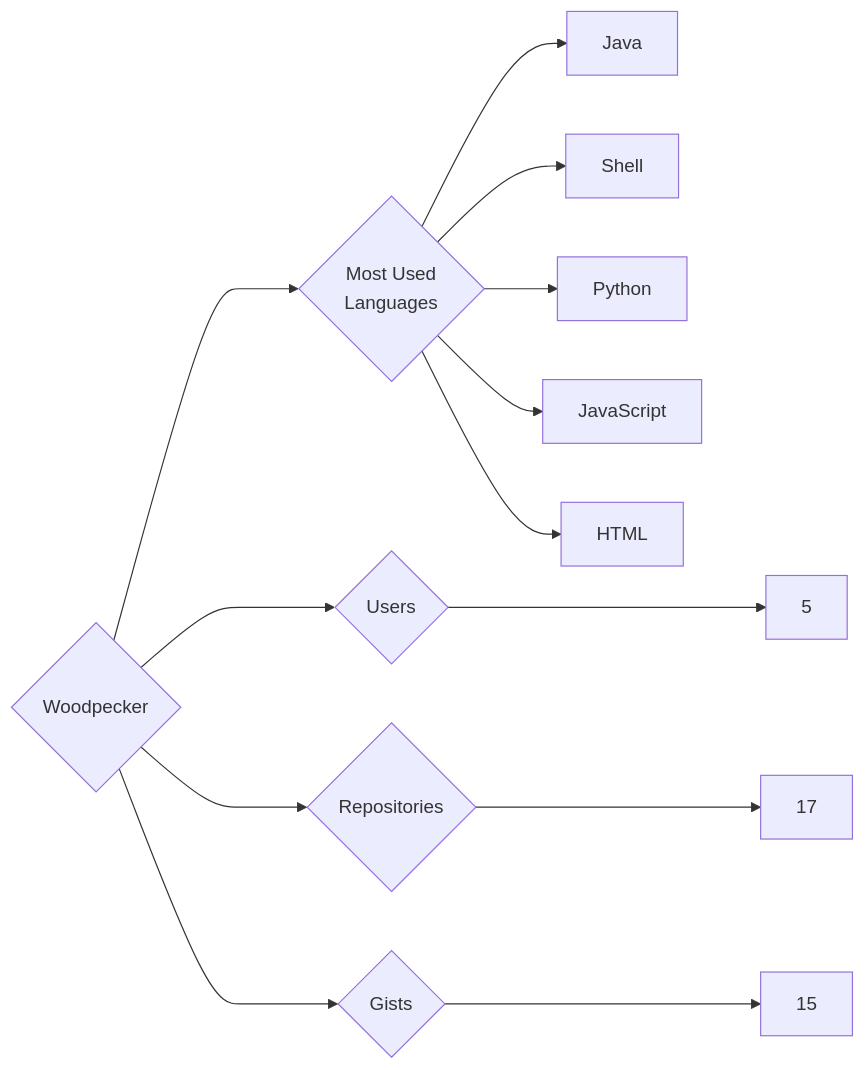
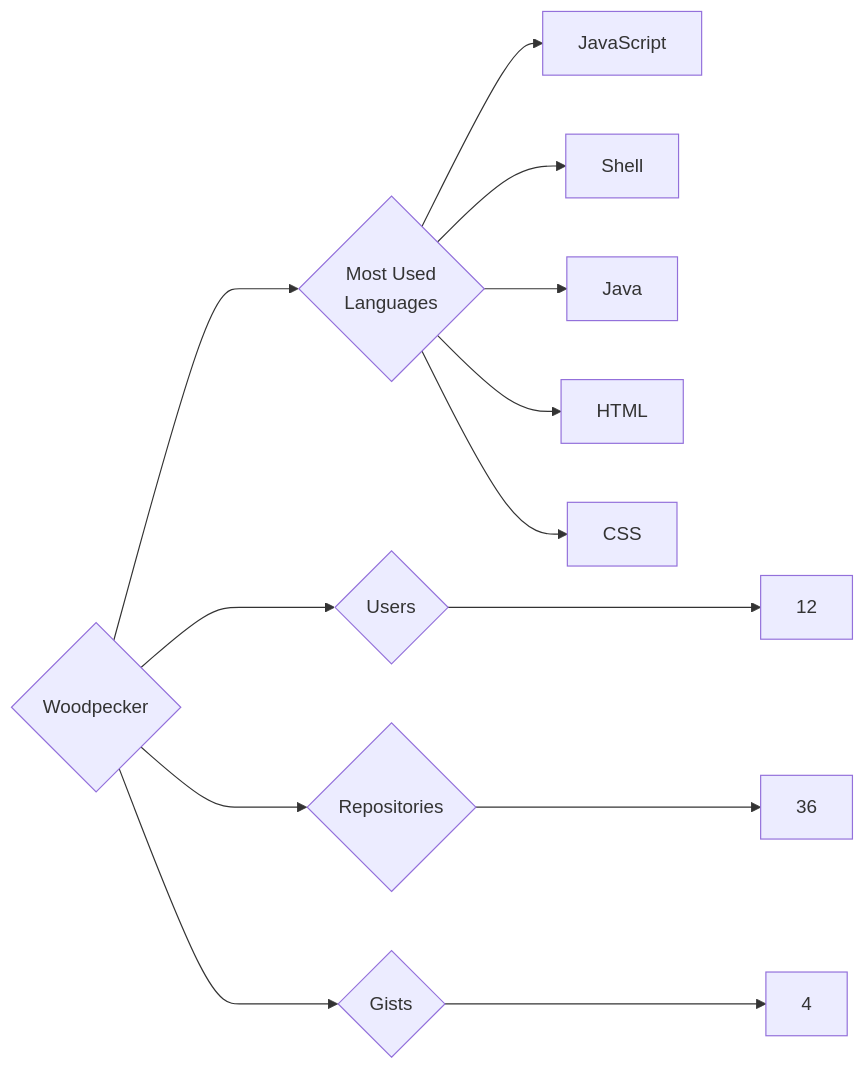
Before and after one commit to trickest/insiders: the diagram in targets/Woodpecker/README.md, drawn with Mermaid. The commit also changed 898 other files, not shown here.

````diff
--- a/targets/Woodpecker/README.md
+++ b/targets/Woodpecker/README.md
@@ -3,13 +3,13 @@
 ```mermaid
 graph LR
 COMPANY_NAME{Woodpecker}
-COMPANY_NAME ---> U{Users} ---> UN[5]
-COMPANY_NAME ---> R{Repositories} ---> RN[17]
-COMPANY_NAME ---> G{Gists} ---> GN[15]
+COMPANY_NAME ---> U{Users} ---> UN[12]
+COMPANY_NAME ---> R{Repositories} ---> RN[36]
+COMPANY_NAME ---> G{Gists} ---> GN[4]
 COMPANY_NAME ---> ML{Most Used<br>Languages}
+ML --> JavaScript[JavaScript]
+ML --> Shell[Shell]
 ML --> Java[Java]
-ML --> Shell[Shell]
-ML --> Python[Python]
-ML --> JavaScript[JavaScript]
 ML --> HTML[HTML]
+ML --> CSS[CSS]
 ```
````
